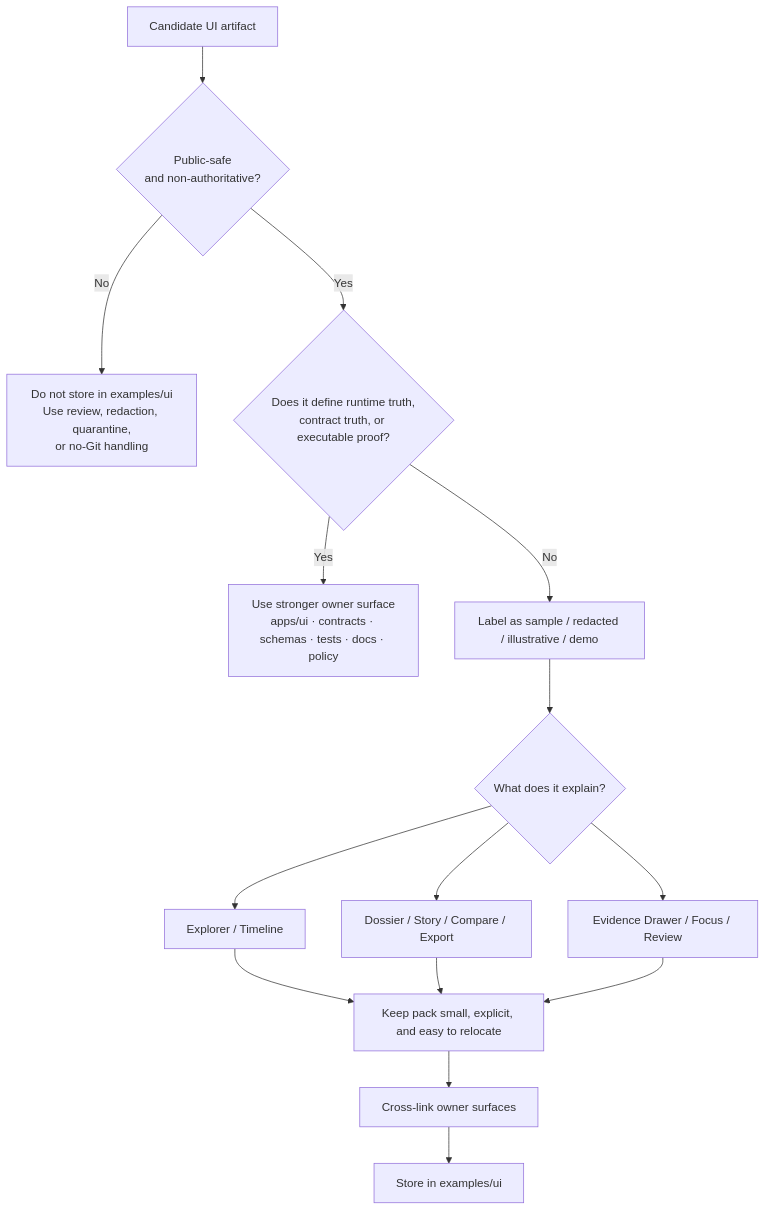
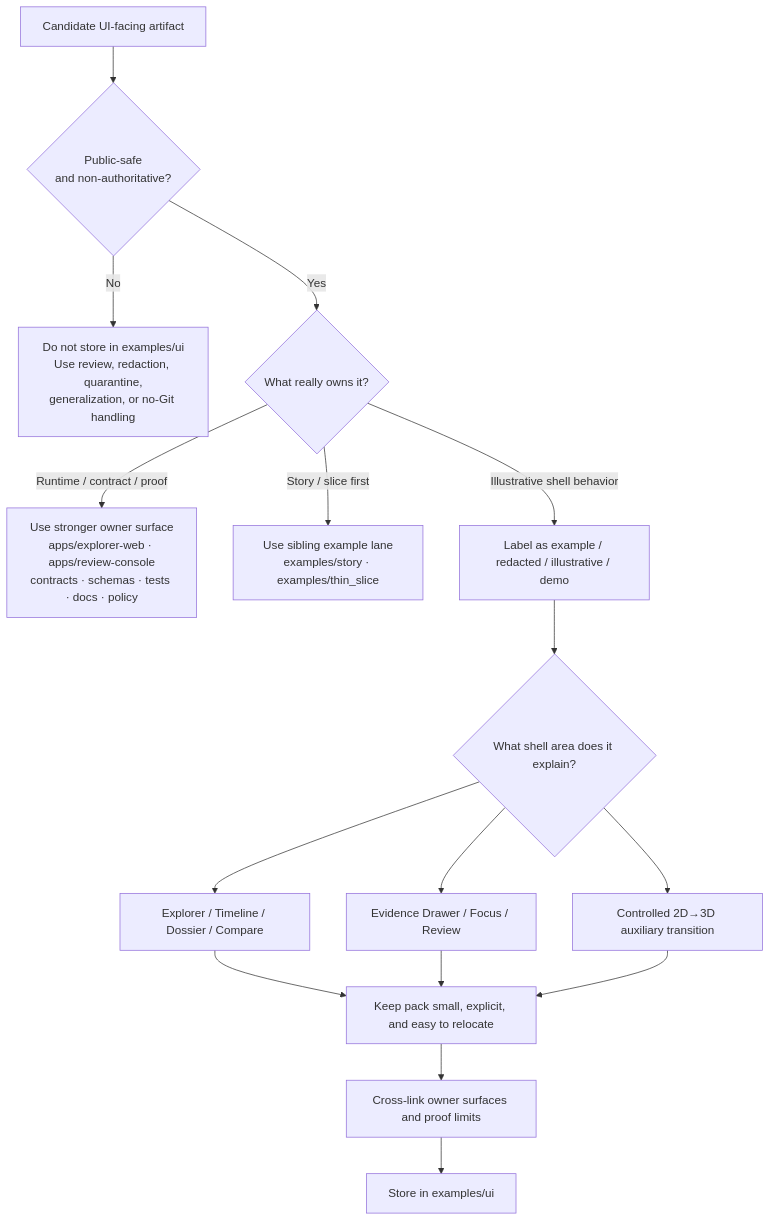
Before and after one commit to bartytime4life/Kansas-Frontier-Matrix: the diagram in examples/ui/README.md, drawn with Mermaid. The commit also changed other lines of this file, not shown here.

````diff
--- a/examples/ui/README.md
+++ b/examples/ui/README.md
@@ -262,17 +345,18 @@
 ```mermaid
 flowchart TD
-    A[Candidate UI artifact] --> B{Public-safe<br/>and non-authoritative?}
-    B -- No --> X[Do not store in examples/ui<br/>Use review, redaction, quarantine,<br/>or no-Git handling]
-    B -- Yes --> C{Does it define runtime truth,<br/>contract truth, or executable proof?}
-    C -- Yes --> Y[Use stronger owner surface<br/>apps/ui · contracts · schemas · tests · docs · policy]
-    C -- No --> D[Label as sample / redacted / illustrative / demo]
-    D --> E{What does it explain?}
-    E --> F[Explorer / Timeline]
-    E --> G[Dossier / Story / Compare / Export]
-    E --> H[Evidence Drawer / Focus / Review]
+    A[Candidate UI-facing artifact] --> B{Public-safe<br/>and non-authoritative?}
+    B -- No --> X[Do not store in examples/ui<br/>Use review, redaction, quarantine,<br/>generalization, or no-Git handling]
+    B -- Yes --> C{What really owns it?}
+    C -- Runtime / contract / proof --> Y[Use stronger owner surface<br/>apps/explorer-web · apps/review-console<br/>contracts · schemas · tests · docs · policy]
+    C -- Story / slice first --> Z[Use sibling example lane<br/>examples/story · examples/thin_slice]
+    C -- Illustrative shell behavior --> D[Label as example / redacted / illustrative / demo]
+    D --> E{What shell area does it explain?}
+    E --> F[Explorer / Timeline / Dossier / Compare]
+    E --> G[Evidence Drawer / Focus / Review]
+    E --> H[Controlled 2D→3D auxiliary transition]
     F --> I[Keep pack small, explicit, and easy to relocate]
     G --> I
     H --> I
-    I --> J[Cross-link owner surfaces]
+    I --> J[Cross-link owner surfaces and proof limits]
     J --> K[Store in examples/ui]
 ```
````
